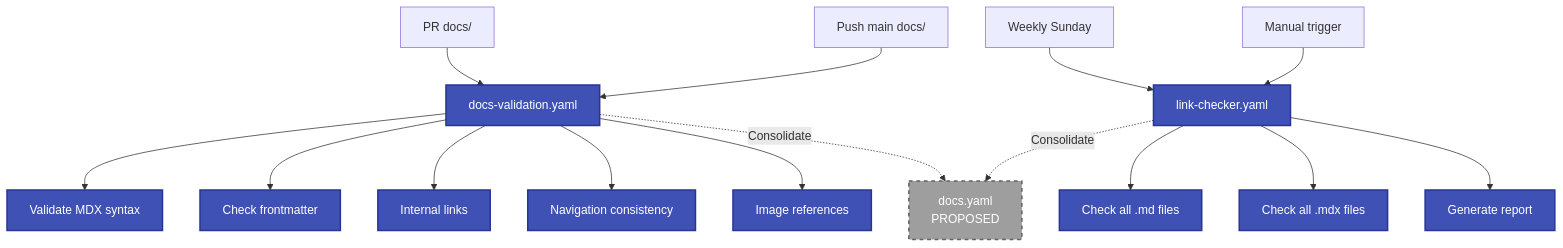
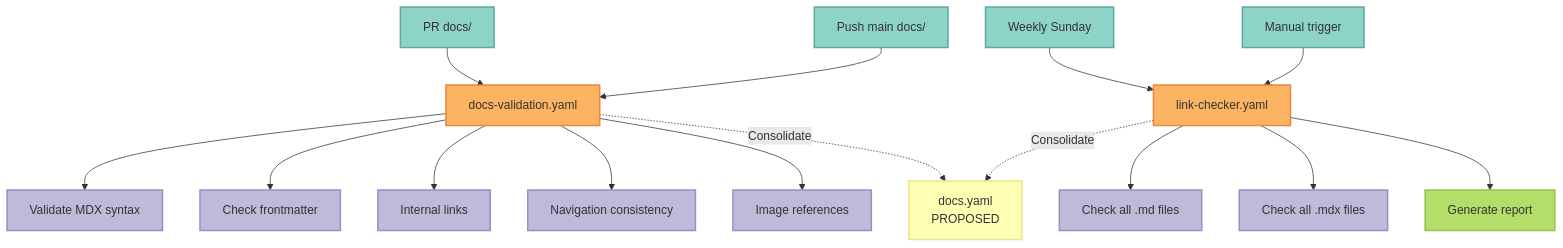
One commit to vishnu2kmohan/mcp-server-langgraph changed the fifth of 12 diagrams in docs/development/workflow-diagram.mdx. Above: the diagram before and after it, drawn with Mermaid. The commit also changed other lines of this file and 201 other files, not shown here.

````diff
--- a/docs/development/workflow-diagram.mdx
+++ b/docs/development/workflow-diagram.mdx
@@ -194,31 +216,38 @@
 ```mermaid
-graph TD
+%% ColorBrewer2 Set3 palette - each component type uniquely colored
+flowchart TD
     %% Doc Validation
     PRDocs[PR docs/] --> DocsV[docs-validation.yaml]
     PushDocs[Push main docs/] --> DocsV
 
     DocsV --> MDX[Validate MDX syntax]
     DocsV --> Front[Check frontmatter]
     DocsV --> Links[Internal links]
     DocsV --> Nav[Navigation consistency]
     DocsV --> Images[Image references]
 
     %% Link Checker
     WeeklyDocs[Weekly Sunday] --> LC[link-checker.yaml]
     ManualDocs[Manual trigger] --> LC
 
     LC --> CheckMD[Check all .md files]
     LC --> CheckMDX[Check all .mdx files]
     LC --> Report[Generate report]
 
     %% Note about consolidation
     DocsV -.Consolidate.-> Combined[docs.yaml<br/>PROPOSED]
     LC -.Consolidate.-> Combined
 
-    %% Styling
-    classDef docsFlow fill:#3F51B5,stroke:#283593,stroke-width:2px,color:#fff
-    classDef proposedFlow fill:#9E9E9E,stroke:#616161,stroke-width:2px,stroke-dasharray: 5 5,color:#fff
+    %% ColorBrewer Set3 Styling
+    classDef clientStyle fill:#8dd3c7,stroke:#5fa99d,stroke-width:2px,color:#333
+    classDef validationStyle fill:#fdb462,stroke:#e8873f,stroke-width:2px,color:#333
+    classDef serviceStyle fill:#bebada,stroke:#9b8ec7,stroke-width:2px,color:#333
+    classDef successStyle fill:#b3de69,stroke:#97c24f,stroke-width:2px,color:#333
+    classDef secondaryStyle fill:#ffffb3,stroke:#e6e68a,stroke-width:2px,color:#333
 
-    class DocsV,MDX,Front,Links,Nav,Images,LC,CheckMD,CheckMDX,Report docsFlow
-    class Combined proposedFlow
+    class PRDocs,PushDocs,WeeklyDocs,ManualDocs clientStyle
+    class DocsV,LC validationStyle
+    class MDX,Front,Links,Nav,Images,CheckMD,CheckMDX serviceStyle
+    class Report successStyle
+    class Combined secondaryStyle
 ```
````
